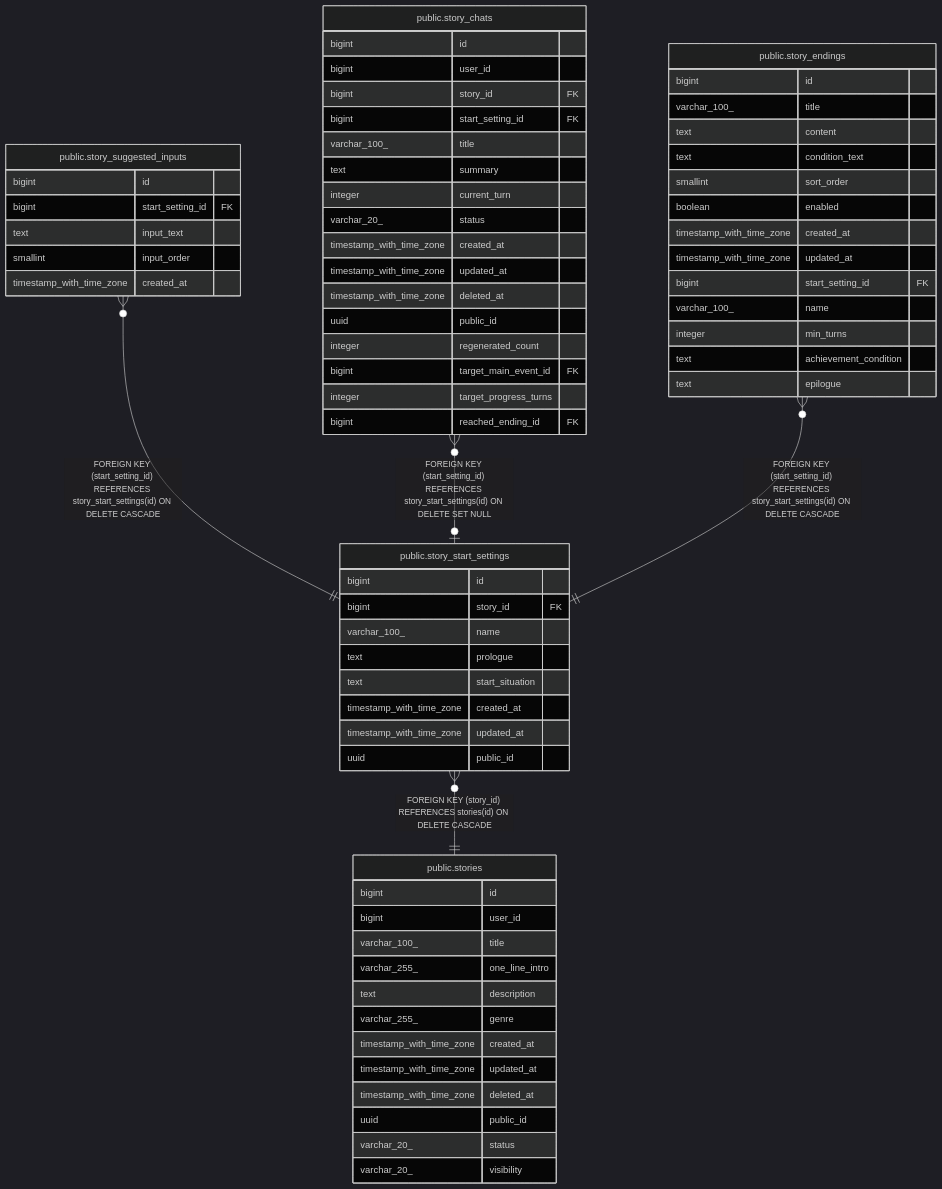
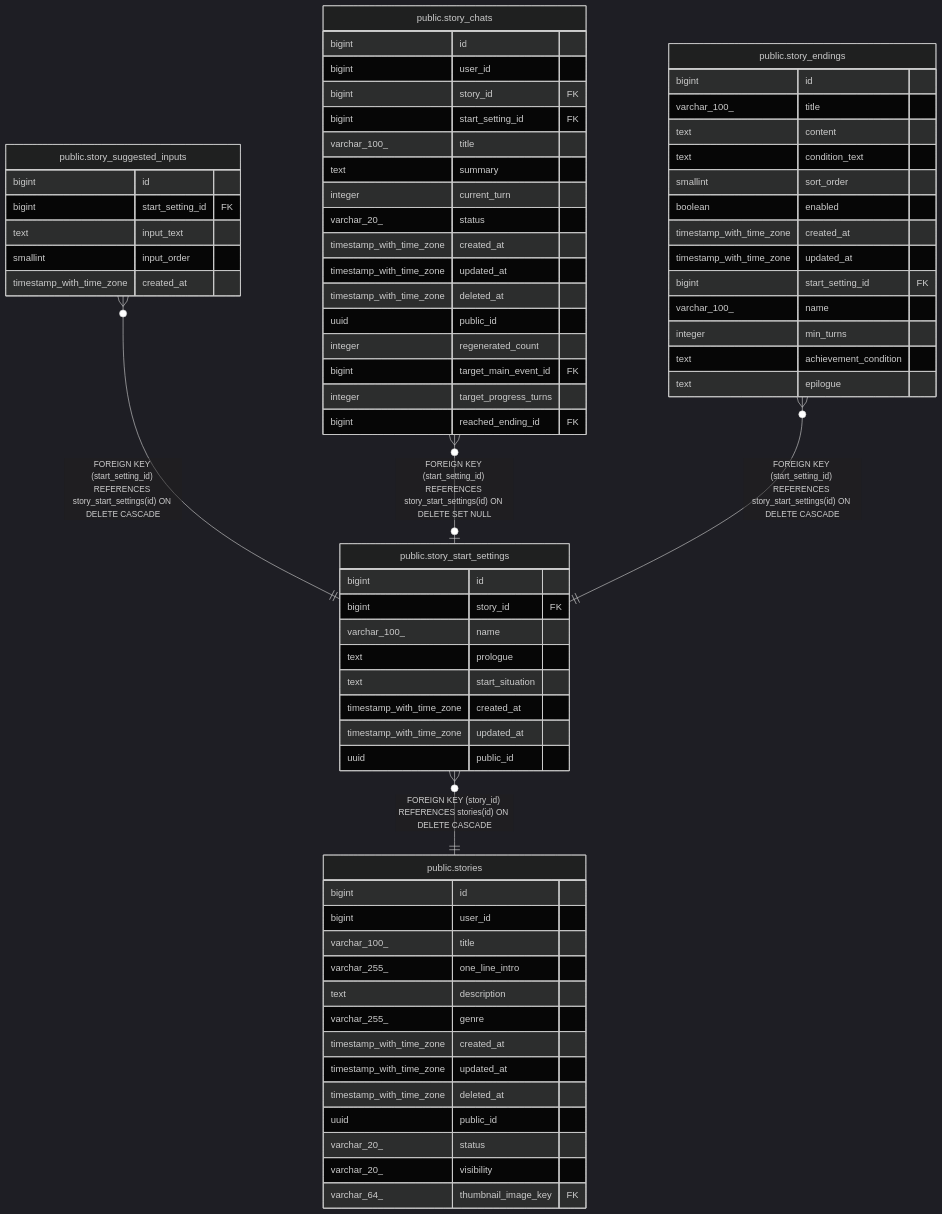
Before and after one commit to KIM-N-KANG/manyak-server: the diagram in dbdoc/public.story_start_settings.md, drawn with Mermaid (dark theme). The commit also changed 33 other files, not shown here.

````diff
--- a/dbdoc/public.story_start_settings.md
+++ b/dbdoc/public.story_start_settings.md
@@ -34,73 +34,74 @@
 ```mermaid
 erDiagram
 
 "public.story_suggested_inputs" }o--|| "public.story_start_settings" : "FOREIGN KEY (start_setting_id) REFERENCES story_start_settings(id) ON DELETE CASCADE"
 "public.story_chats" }o--o| "public.story_start_settings" : "FOREIGN KEY (start_setting_id) REFERENCES story_start_settings(id) ON DELETE SET NULL"
 "public.story_endings" }o--|| "public.story_start_settings" : "FOREIGN KEY (start_setting_id) REFERENCES story_start_settings(id) ON DELETE CASCADE"
 "public.story_start_settings" }o--|| "public.stories" : "FOREIGN KEY (story_id) REFERENCES stories(id) ON DELETE CASCADE"
 
 "public.story_start_settings" {
   bigint id
   bigint story_id FK
   varchar_100_ name
   text prologue
   text start_situation
   timestamp_with_time_zone created_at
   timestamp_with_time_zone updated_at
   uuid public_id
 }
 "public.story_suggested_inputs" {
   bigint id
   bigint start_setting_id FK
   text input_text
   smallint input_order
   timestamp_with_time_zone created_at
 }
 "public.story_chats" {
   bigint id
   bigint user_id
   bigint story_id FK
   bigint start_setting_id FK
   varchar_100_ title
   text summary
   integer current_turn
   varchar_20_ status
   timestamp_with_time_zone created_at
   timestamp_with_time_zone updated_at
   timestamp_with_time_zone deleted_at
   uuid public_id
   integer regenerated_count
   bigint target_main_event_id FK
   integer target_progress_turns
   bigint reached_ending_id FK
 }
 "public.story_endings" {
   bigint id
   varchar_100_ title
   text content
   text condition_text
   smallint sort_order
   boolean enabled
   timestamp_with_time_zone created_at
   timestamp_with_time_zone updated_at
   bigint start_setting_id FK
   varchar_100_ name
   integer min_turns
   text achievement_condition
   text epilogue
 }
 "public.stories" {
   bigint id
   bigint user_id
   varchar_100_ title
   varchar_255_ one_line_intro
   text description
   varchar_255_ genre
   timestamp_with_time_zone created_at
   timestamp_with_time_zone updated_at
   timestamp_with_time_zone deleted_at
   uuid public_id
   varchar_20_ status
   varchar_20_ visibility
+  varchar_64_ thumbnail_image_key FK
 }
 ```
````
